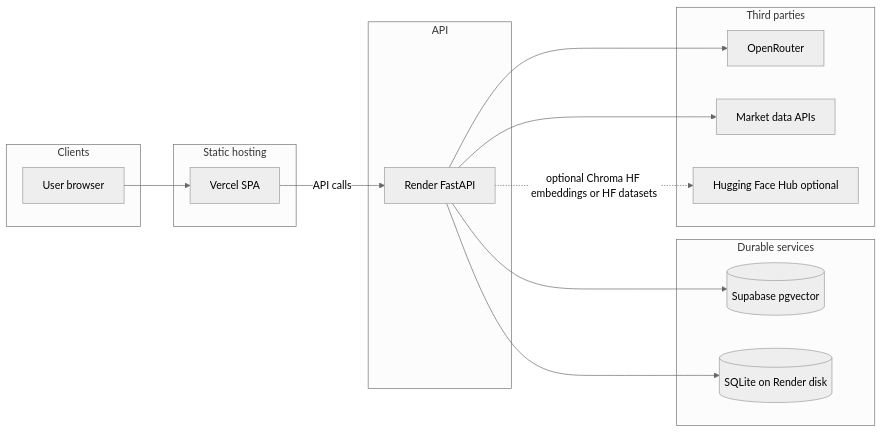
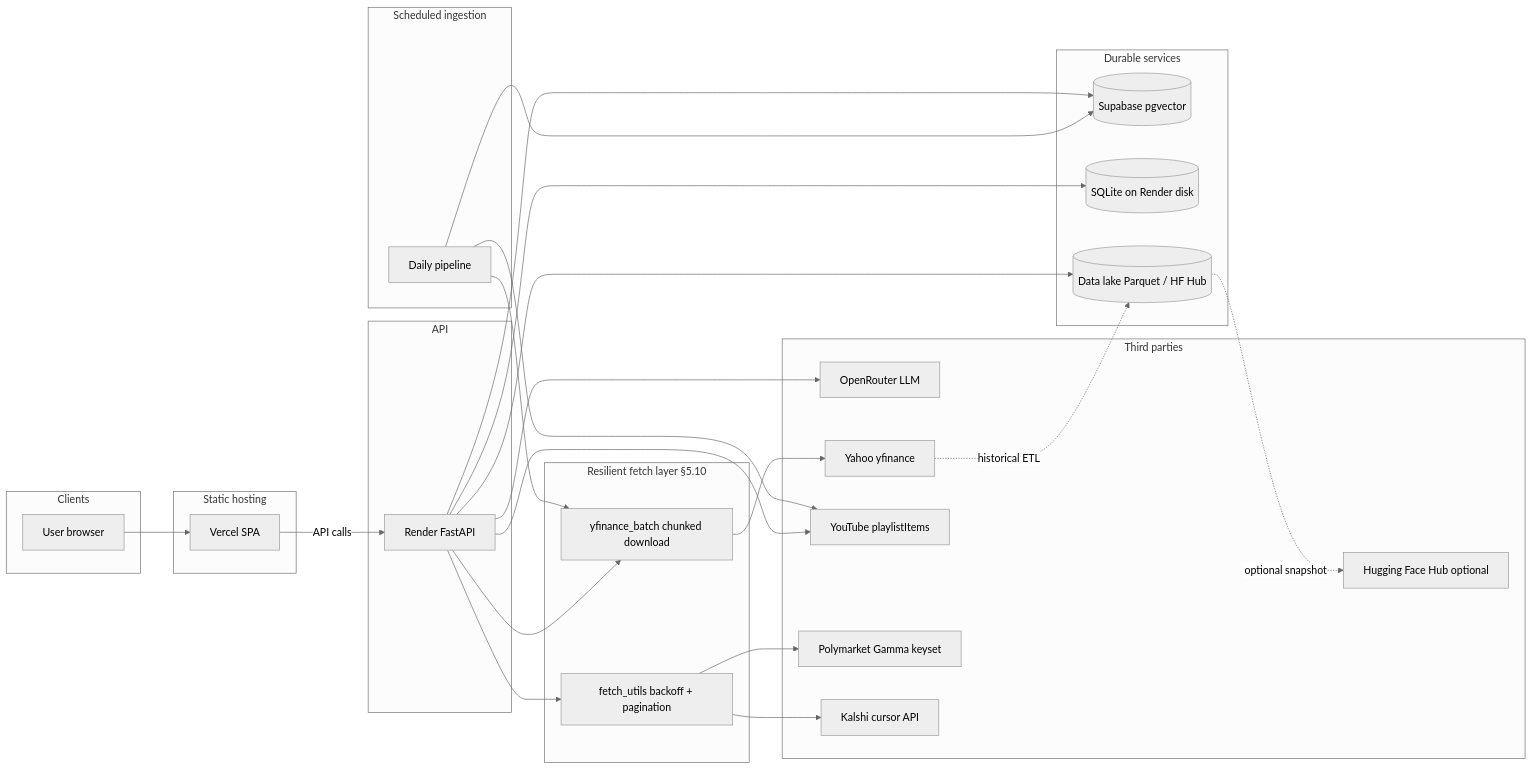
Before and after one commit to manojsilwal/tradetalkapp: the second of 3 diagrams in docs/ARCHITECTURE.md, drawn with Mermaid (neutral theme). The commit also changed other lines of this file and 31 other files, not shown here.

First line of the commit message:
Enforce truthful-data contract and resilient free-API fetching.

````diff
--- a/docs/ARCHITECTURE.md
+++ b/docs/ARCHITECTURE.md
@@ -301,28 +370,49 @@
 ```mermaid
 flowchart LR
   subgraph clients [Clients]
     U[User browser]
   end
   subgraph cdn [Static hosting]
     V[Vercel SPA]
   end
   subgraph api [API]
     R[Render FastAPI]
   end
   subgraph stores [Durable services]
     SB[(Supabase pgvector)]
     SQL[(SQLite on Render disk)]
+    DL[(Data lake Parquet / HF Hub)]
+  end
+  subgraph ingest [Scheduled ingestion]
+    DP[Daily pipeline]
+  end
+  subgraph fetch [Resilient fetch layer §5.10]
+    YB[yfinance_batch chunked download]
+    FU[fetch_utils backoff + pagination]
   end
   subgraph vendors [Third parties]
-    OR[OpenRouter]
-    M[Market data APIs]
+    OR[OpenRouter LLM]
+    YF[Yahoo yfinance]
+    YT[YouTube playlistItems]
+    PM[Polymarket Gamma keyset]
+    KA[Kalshi cursor API]
     HF[Hugging Face Hub optional]
   end
   U --> V
   V -->|API calls| R
   R --> OR
-  R --> M
+  R --> YB
+  YB --> YF
+  R --> FU
+  FU --> PM
+  FU --> KA
+  R --> YT
+  DP --> YB
+  DP --> YT
+  DP --> SB
   R --> SB
   R --> SQL
-  R -.->|optional Chroma HF embeddings or HF datasets| HF
+  R --> DL
+  DL -.->|optional snapshot| HF
+  YF -.->|historical ETL| DL
 ```
````
